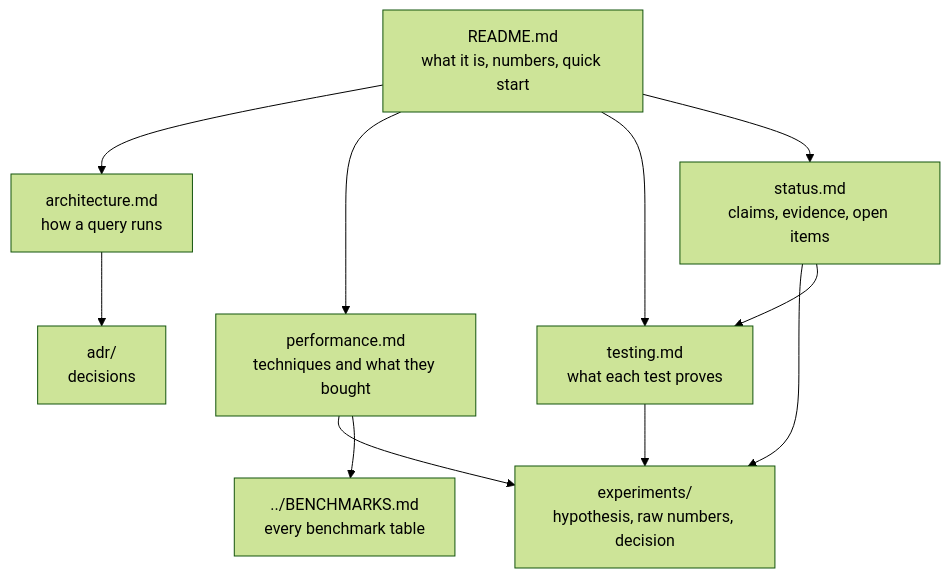
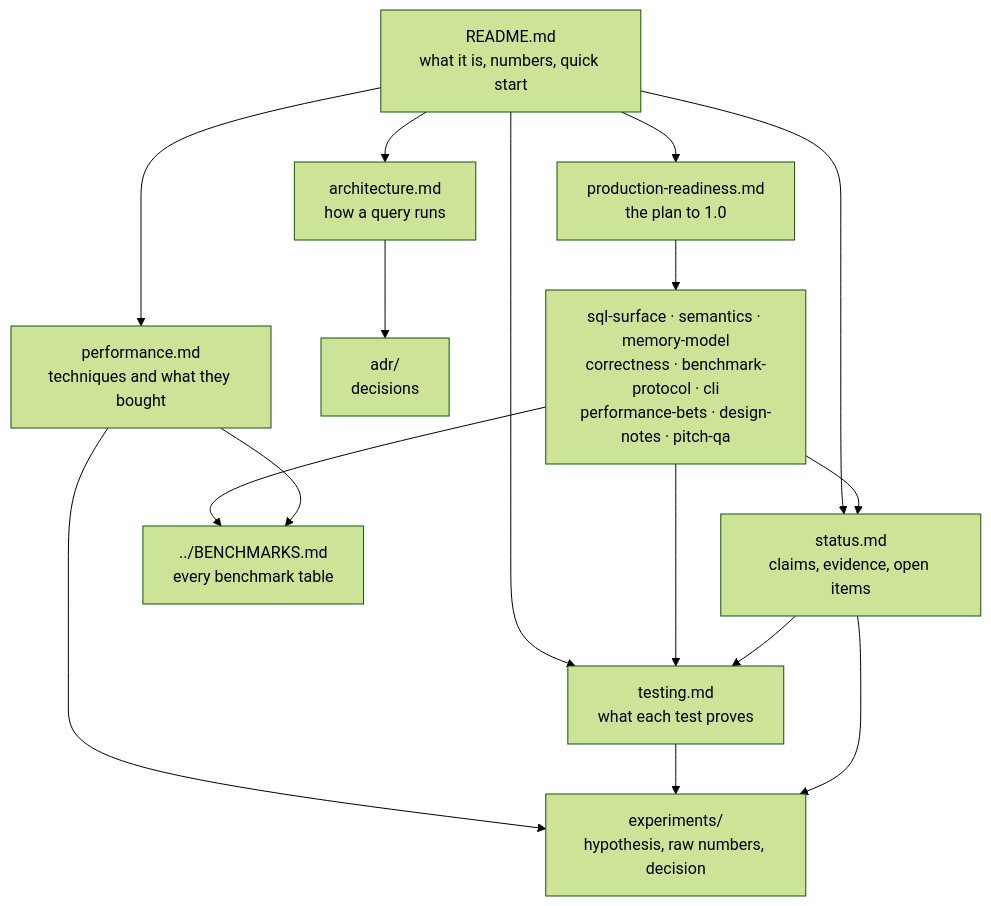
Before and after one commit to DevAriwala2712/SenkoParse: the diagram in docs/README.md, drawn with Mermaid (forest theme). The commit also changed other lines of this file and 14 other files, not shown here.

First line of the commit message:
docs: production-readiness plan, SQL surface, correctness and related docs (author's draft)

````diff
--- a/docs/README.md
+++ b/docs/README.md
@@ -3,17 +3,21 @@
 ```mermaid
 flowchart TB
     R["README.md<br/>what it is, numbers, quick start"]
     A["architecture.md<br/>how a query runs"]
     P["performance.md<br/>techniques and what they bought"]
     T["testing.md<br/>what each test proves"]
     S["status.md<br/>claims, evidence, open items"]
     D["adr/<br/>decisions"]
     E["experiments/<br/>hypothesis, raw numbers, decision"]
     B["../BENCHMARKS.md<br/>every benchmark table"]
+    PR["production-readiness.md<br/>the plan to 1.0"]
+    C["sql-surface · semantics · memory-model<br/>correctness · benchmark-protocol · cli<br/>performance-bets · design-notes · pitch-qa"]
     R --> A & P & T & S
+    R --> PR --> C
+    C --> S & T & B
     A --> D
     P --> E
     P --> B
     T --> E
     S --> E & T
 ```
````
